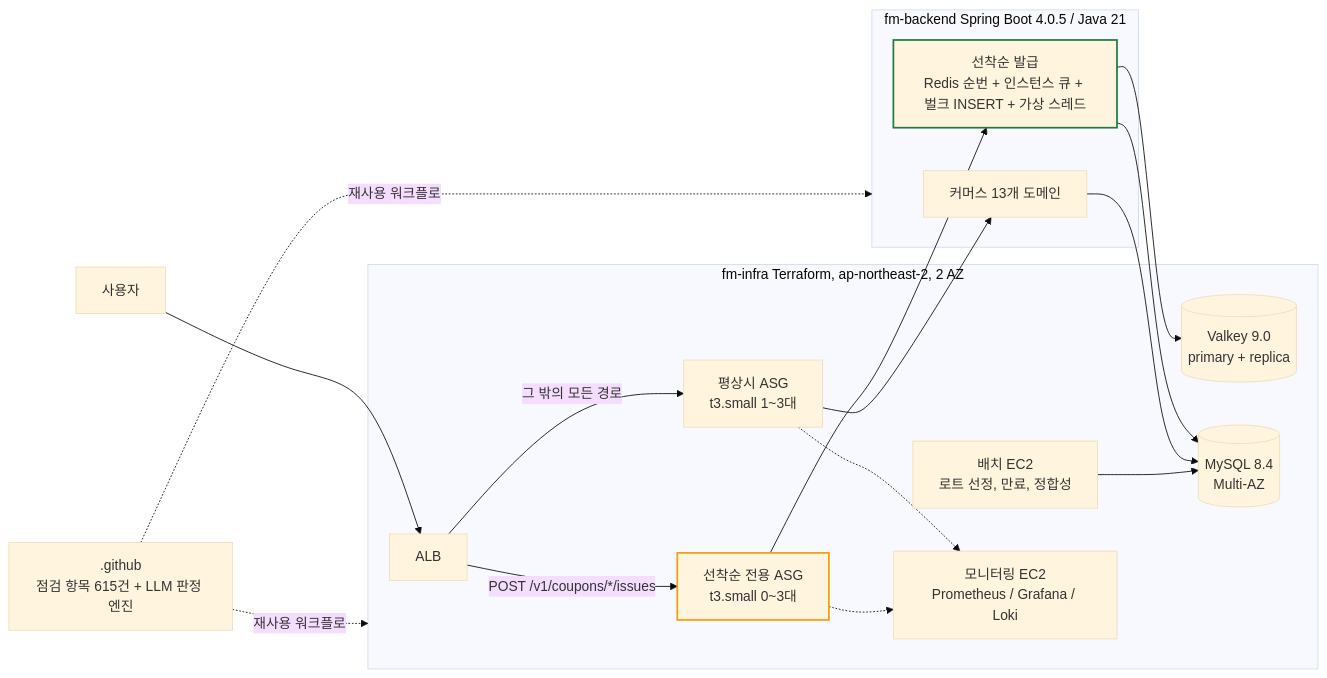
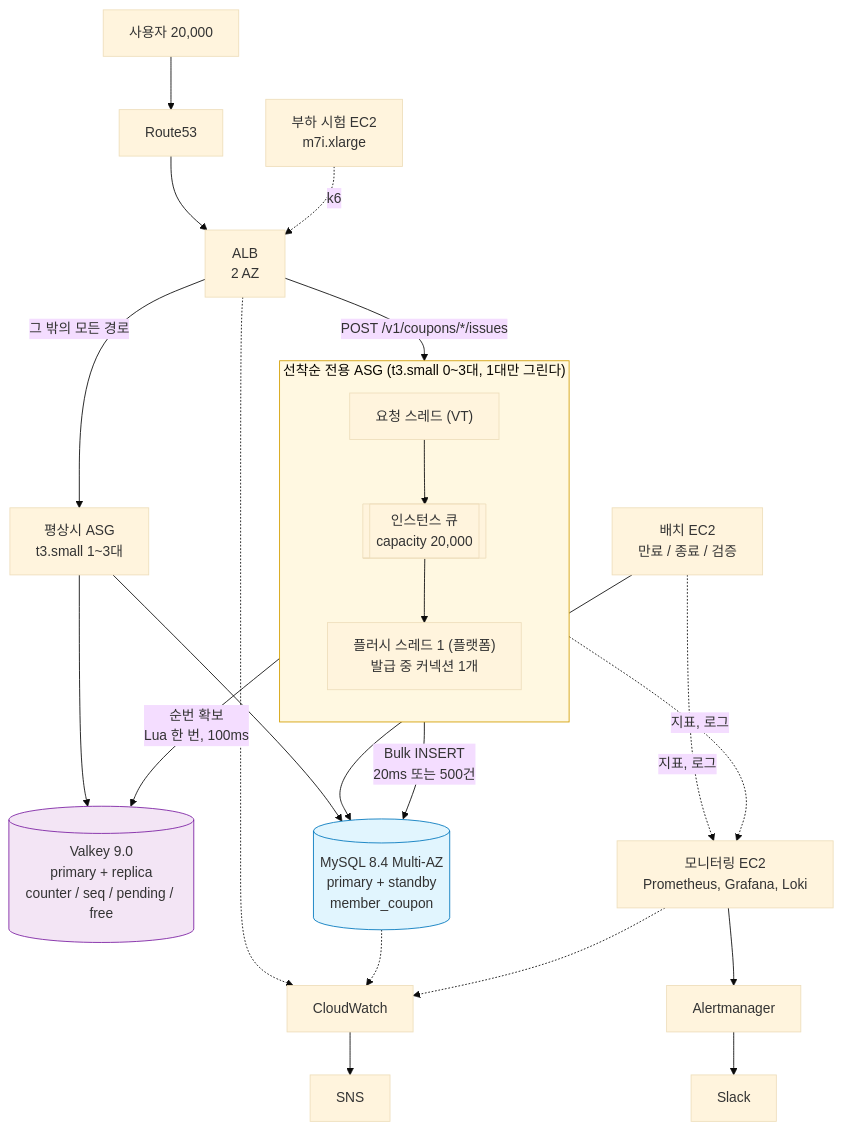
The first of 3 diagrams in profile/README.md (fresh-market/.github), drawn with Mermaid (base theme) before and after one commit. The commit also changed other lines of this file, not shown here.

Commit message:
[Docs] 조직 프로필을 fm-backend README 본문으로 채운다

````diff
--- a/profile/README.md
+++ b/profile/README.md
@@ -54,31 +252,31 @@
 ```mermaid
-flowchart LR
-    U["사용자"] --> ALB
+flowchart TB
+    U["사용자 20,000"] --> R53["Route53"] --> ALB["ALB<br/>2 AZ"]
+    ALB -->|"그 밖의 모든 경로"| ASGA["평상시 ASG<br/>t3.small 1~3대"]
 
-    subgraph INF["fm-infra  Terraform, ap-northeast-2, 2 AZ"]
-        ALB["ALB"]
-        ASGA["평상시 ASG<br/>t3.small 1~3대"]
-        ASGC["선착순 전용 ASG<br/>t3.small 0~3대"]
-        VK[("Valkey 9.0<br/>primary + replica")]
-        RDS[("MySQL 8.4<br/>Multi-AZ")]
-        BAT["배치 EC2<br/>로트 선정, 만료, 정합성"]
-        MON["모니터링 EC2<br/>Prometheus / Grafana / Loki"]
+    subgraph COUPON["선착순 전용 ASG (t3.small 0~3대, 1대만 그린다)"]
+        direction TB
+        VT["요청 스레드 (VT)"] --> Q1[["인스턴스 큐<br/>capacity 20,000"]]
+        Q1 --> F1["플러시 스레드 1 (플랫폼)<br/>발급 중 커넥션 1개"]
     end
+    ALB -->|"POST /v1/coupons/*/issues"| VT
 
-    subgraph BER["fm-backend  Spring Boot 4.0.5 / Java 21"]
-        APP["커머스 13개 도메인"]
-        ISS["선착순 발급<br/>Redis 순번 + 인스턴스 큐 + 벌크 INSERT + 가상 스레드"]
-    end
+    CACHE[("Valkey 9.0<br/>primary + replica<br/>counter / seq / pending / free")]
+    RDS[("MySQL 8.4 Multi-AZ<br/>primary + standby<br/>member_coupon")]
 
-    ALB -->|"POST /v1/coupons/*/issues"| ASGC --> ISS
-    ALB -->|"그 밖의 모든 경로"| ASGA --> APP
-    ISS --> VK & RDS
-    APP --> RDS
-    BAT --> RDS
-    ASGA & ASGC -.-> MON
+    VT -->|"순번 확보<br/>Lua 한 번, 100ms"| CACHE
+    F1 -->|"Bulk INSERT<br/>20ms 또는 500건"| RDS
+    ASGA --> RDS & CACHE
 
-    GH[".github<br/>점검 항목 615건 + LLM 판정 엔진"] -.->|"재사용 워크플로"| BER & INF
+    BATCH["배치 EC2<br/>만료 / 종료 / 검증"] --> RDS
+    MON["모니터링 EC2<br/>Prometheus, Grafana, Loki"]
+    LT["부하 시험 EC2<br/>m7i.xlarge"] -.->|"k6"| ALB
 
-    style ISS stroke:#217a41,stroke-width:2px
-    style ASGC stroke:#f59e0b,stroke-width:2px
+    COUPON & BATCH -.->|"지표, 로그"| MON
+    MON --> AM["Alertmanager"] --> SLACK["Slack"]
+    ALB & RDS & MON -.-> CW["CloudWatch"] --> SNS["SNS"]
+
+    style COUPON fill:#fff8e1,stroke:#d39e00
+    style CACHE fill:#f3e5f5,stroke:#7b1fa2
+    style RDS fill:#e1f5fe,stroke:#0277bd
 ```
````
